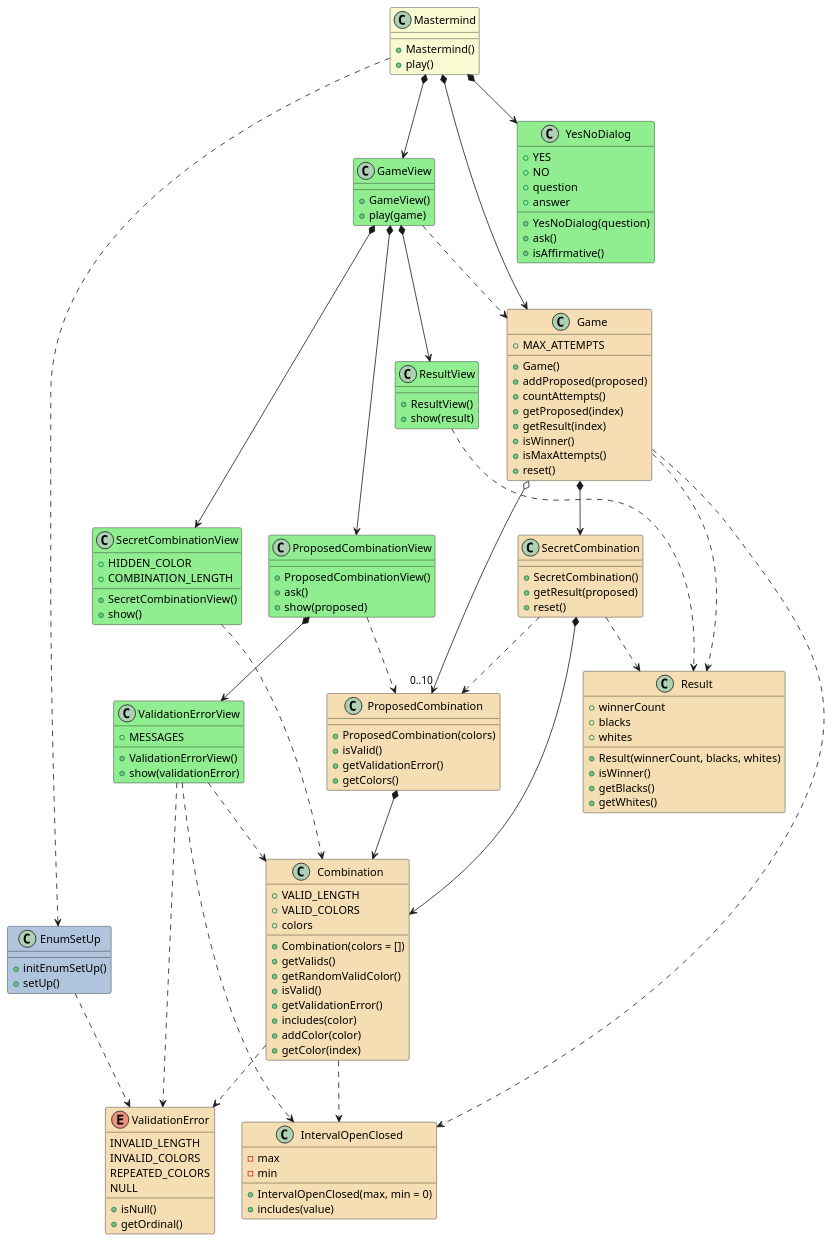
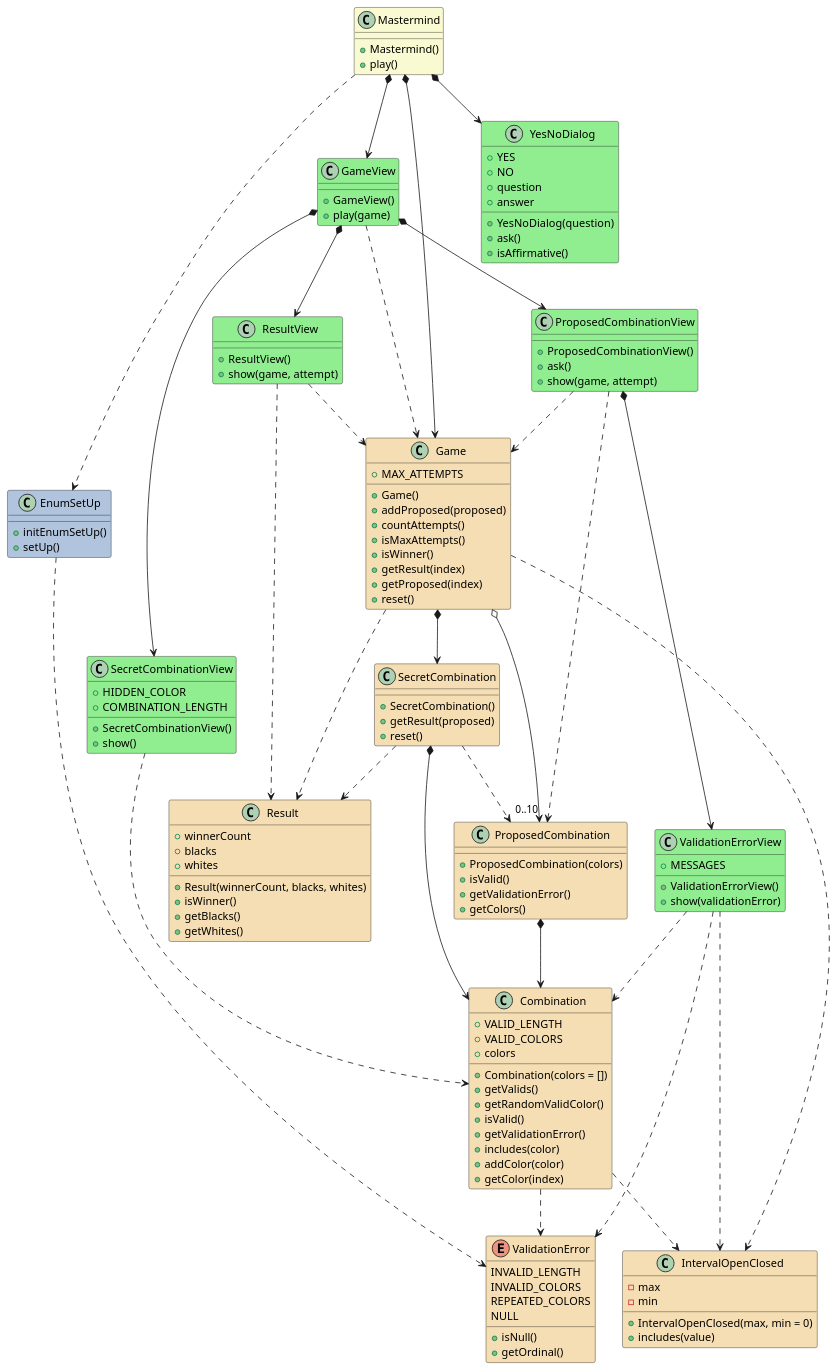
Before and after one commit to PabloMartinFluvia/myGame-mastermind: the diagram in docs/dev-resume/analysis.plantuml, drawn with PlantUML. The commit also changed 3 other files, not shown here.

Commit message:
task 7: decoupled gameView to those classes wich not collaborates

```diff
--- a/docs/dev-resume/analysis.plantuml
+++ b/docs/dev-resume/analysis.plantuml
@@ -1,162 +1,164 @@
 @startuml analysis
 
 class Mastermind #LightGoldenRodYellow {  
 
     + Mastermind()
     + play()    
 }
 Mastermind *--> GameView
 Mastermind *--> YesNoDialog
 Mastermind *--> Game
 Mastermind ..> EnumSetUp
 
 class GameView #LightGreen {
 
     + GameView()
     + play(game)
 }
 GameView *--> SecretCombinationView
 GameView *--> ProposedCombinationView
 GameView *--> ResultView
 GameView ..> Game
 
 
 class SecretCombinationView #LightGreen {
     + HIDDEN_COLOR
     + COMBINATION_LENGTH
     
     + SecretCombinationView()
     + show()
 }
 SecretCombinationView ..> Combination
 
 class ProposedCombinationView #LightGreen {
     
     + ProposedCombinationView()
     + ask()
-    + show(proposed)
+    + show(game, attempt)
 }
 ProposedCombinationView *--> ValidationErrorView
+ProposedCombinationView ..> Game
 ProposedCombinationView ..> ProposedCombination
 
 class ValidationErrorView #LightGreen {
 
     + MESSAGES
     
     + ValidationErrorView()
     + show(validationError)
 }
 ValidationErrorView ..> ValidationError
 ValidationErrorView ..> Combination
 ValidationErrorView ..> IntervalOpenClosed
 
 class ResultView #LightGreen {
     
     + ResultView()
-    + show(result)
+    + show(game, attempt)
 }
+ResultView ..> Game
 ResultView ..> Result
 
 class Game #Wheat{
     + MAX_ATTEMPTS
 
     + Game()
     + addProposed(proposed)
-    + countAttempts()    
-    + getProposed(index)
+    + countAttempts()  
+    + isMaxAttempts()  
+    + isWinner()      
     + getResult(index)
-    + isWinner()
-    + isMaxAttempts()  
+    + getProposed(index)        
     + reset()    
 }
 Game *--> SecretCombination
 Game o--> "0..10" ProposedCombination
 Game .down.> Result
 Game ..> IntervalOpenClosed
 
 class SecretCombination #Wheat{
     
     + SecretCombination()    
     + getResult(proposed)      
     + reset()
 
 }
 SecretCombination *-down-> Combination
 SecretCombination .down.> ProposedCombination
 SecretCombination .down.> Result
 
 class Result #Wheat{
     + winnerCount
     + blacks
     + whites
 
     + Result(winnerCount, blacks, whites)
     + isWinner()
     + getBlacks()    
     + getWhites()    
 }
 
 class Combination #Wheat{
     + VALID_LENGTH
     + VALID_COLORS    
     + colors
 
     + Combination(colors = [])
     + getValids()
     + getRandomValidColor()
     + isValid()    
     + getValidationError()
     + includes(color)    
     + addColor(color)          
     + getColor(index)
 }
 Combination .down.> ValidationError
 Combination ..> IntervalOpenClosed
 
 enum ValidationError #Wheat{    
     INVALID_LENGTH
     INVALID_COLORS
     REPEATED_COLORS
     NULL
 
     + isNull()
     + getOrdinal()
 }
 
 class ProposedCombination #Wheat{
 
     + ProposedCombination(colors)
     + isValid()         
     + getValidationError()     
     + getColors()   
 }
 ProposedCombination *-down-> Combination 
 
 
 
 class YesNoDialog #LightGreen {
     + YES
     + NO
     + question
     + answer    
 
     + YesNoDialog(question)
     + ask()
     + isAffirmative()
 }
 
 class EnumSetUp #LightSteelBlue {
     + initEnumSetUp()
     + setUp()
 }
 EnumSetUp ..> ValidationError
 
 class IntervalOpenClosed #Wheat{
     - max
     - min
 
     + IntervalOpenClosed(max, min = 0)
     + includes(value)
 }
 
 @enduml
```
